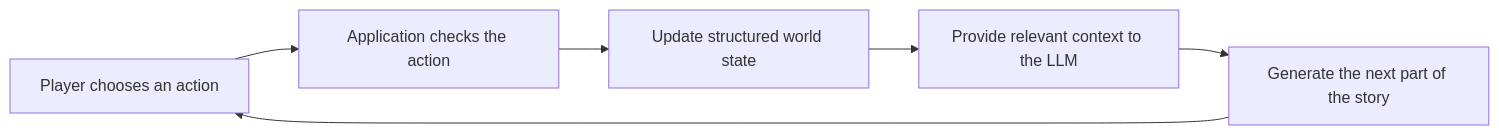
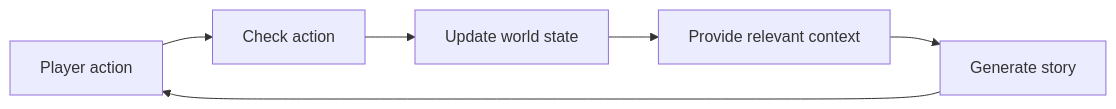
The first of 3 diagrams in 00-project/application/03-presentation-1.md (sodbayarmunkhsaihan-gif/Thesis-2026), drawn with Mermaid before and after one commit. The commit also changed other lines of this file, not shown here.

````diff
--- a/00-project/application/03-presentation-1.md
+++ b/00-project/application/03-presentation-1.md
@@ -41,8 +41,8 @@
 ```mermaid
 flowchart LR
-    P["Player chooses an action"] --> V["Application checks the action"]
-    V --> S["Update structured world state"]
-    S --> C["Provide relevant context to the LLM"]
-    C --> L["Generate the next part of the story"]
+    P["Player action"] --> V["Check action"]
+    V --> S["Update world state"]
+    S --> C["Provide relevant context"]
+    C --> L["Generate story"]
     L --> P
 ```
````
